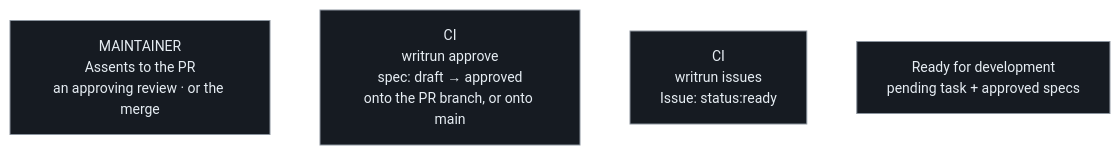
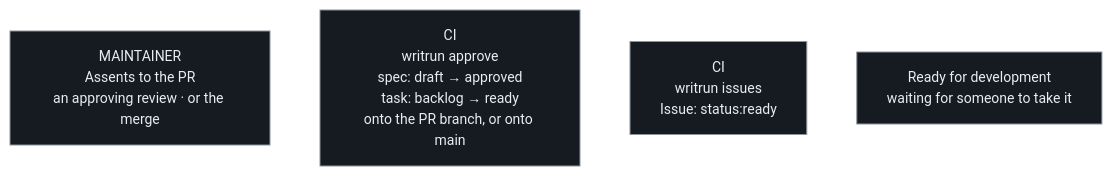
Before and after one commit to thomasfranke/writrun: the diagram in docs/product/pull-requests/approval.md, drawn with Mermaid. The commit also changed 20 other files, not shown here.

````diff
--- a/docs/product/pull-requests/approval.md
+++ b/docs/product/pull-requests/approval.md
@@ -17,9 +17,9 @@
 ```mermaid
 %%{init: {'theme':'base','themeVariables':{'background':'#0d1117','primaryColor':'#161b22','primaryTextColor':'#e6edf3','primaryBorderColor':'#8b949e','lineColor':'#ffffff','secondaryColor':'#161b22','tertiaryColor':'#161b22','fontSize':'14px'}}}%%
 flowchart LR
     A["MAINTAINER<br/>Assents to the PR<br/>an approving review · or the merge"]
-    B["CI<br/>writrun approve<br/>spec: draft → approved<br/>onto the PR branch, or onto main"]
+    B["CI<br/>writrun approve<br/>spec: draft → approved<br/>task: backlog → ready<br/>onto the PR branch, or onto main"]
     D["CI<br/>writrun issues<br/>Issue: status:ready"]
-    E["Ready for development<br/>pending task + approved specs"]
+    E["Ready for development<br/>waiting for someone to take it"]
     A --> B --> D --> E
 ```
````
